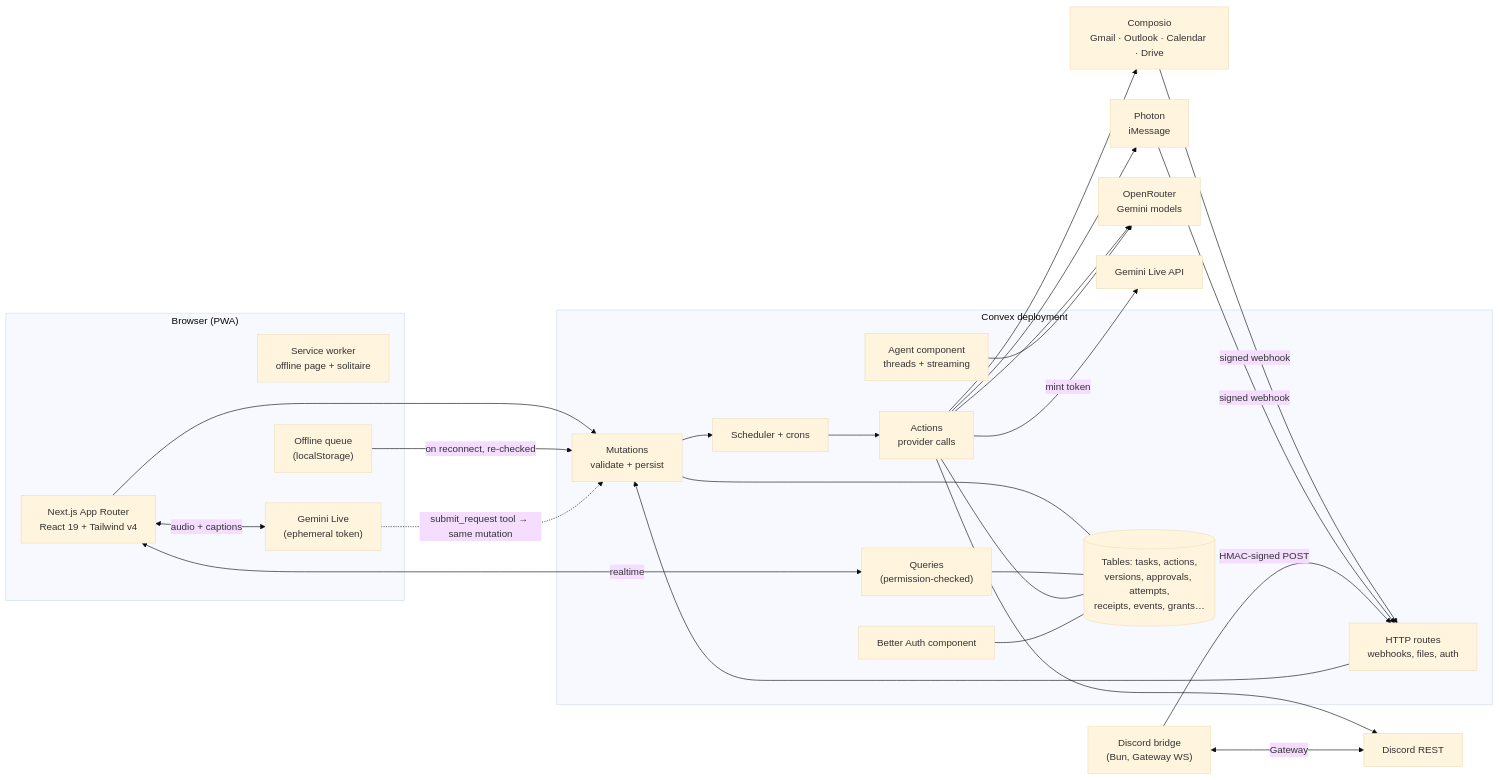
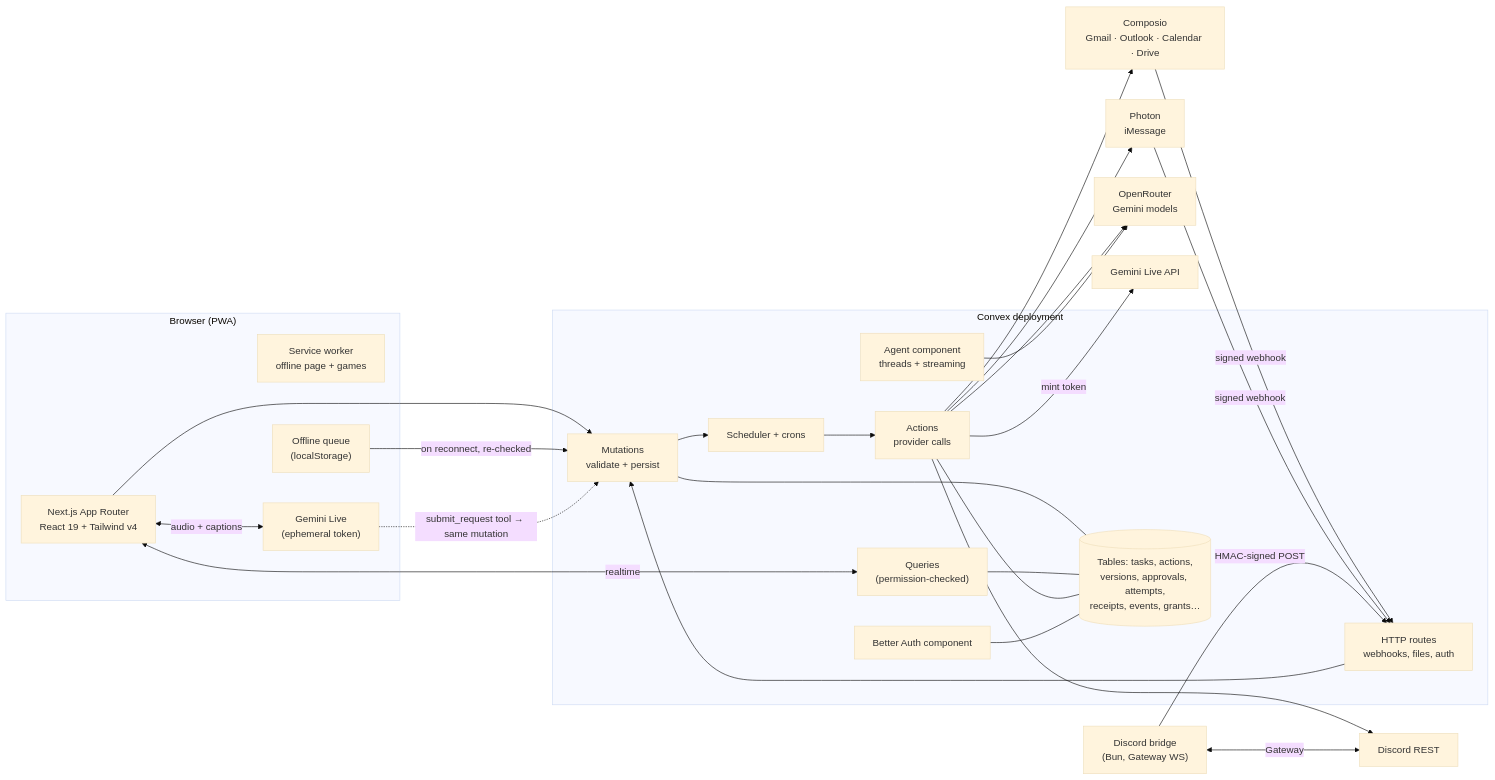
Before and after one commit to Algoltea/LifeLink: the first of 3 diagrams in README.md, drawn with Mermaid (base theme). The commit also changed other lines of this file and 4 other files, not shown here.

````diff
--- a/README.md
+++ b/README.md
@@ -173,44 +174,44 @@
 ```mermaid
 flowchart LR
   subgraph Browser["Browser (PWA)"]
     UI["Next.js App Router<br/>React 19 + Tailwind v4"]
-    SW["Service worker<br/>offline page + solitaire"]
+    SW["Service worker<br/>offline page + games"]
     Q["Offline queue<br/>(localStorage)"]
     Live["Gemini Live<br/>(ephemeral token)"]
   end
 
   subgraph Convex["Convex deployment"]
     Q1["Queries<br/>(permission-checked)"]
     M["Mutations<br/>validate + persist"]
     A["Actions<br/>provider calls"]
     S["Scheduler + crons"]
     H["HTTP routes<br/>webhooks, files, auth"]
     Agent["Agent component<br/>threads + streaming"]
     BA["Better Auth component"]
     DB[("Tables: tasks, actions,<br/>versions, approvals, attempts,<br/>receipts, events, grants…")]
   end
 
   Bridge["Discord bridge<br/>(Bun, Gateway WS)"]
   OR["OpenRouter<br/>Gemini models"]
   GL["Gemini Live API"]
   CO["Composio<br/>Gmail · Outlook · Calendar · Drive"]
   PH["Photon<br/>iMessage"]
   DI["Discord REST"]
 
   UI <-->|"realtime"| Q1
   UI --> M
   Q -->|"on reconnect, re-checked"| M
   UI <-->|"audio + captions"| Live
   Live -.->|"submit_request tool → same mutation"| M
   M --> S --> A
   A --> OR & CO & PH & DI
   A -->|"mint token"| GL
   Agent --> OR
   CO -->|"signed webhook"| H
   PH -->|"signed webhook"| H
   Bridge -->|"HMAC-signed POST"| H
   Bridge <-->|"Gateway"| DI
   H --> M
   M & Q1 & A --- DB
   BA --- DB
 ```
````
